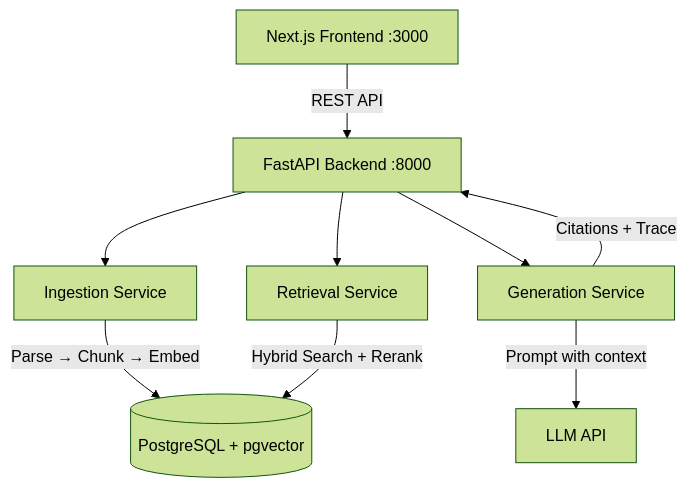
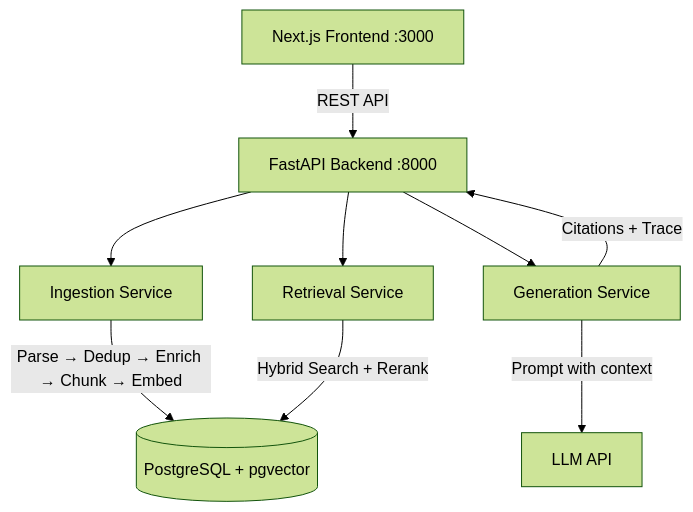
One commit to FishRaposo/groundtruth changed the diagram in README.md. Above: the diagram before and after it, drawn with Mermaid (forest theme). The commit also changed other lines of this file and 11 other files, not shown here.

````diff
--- a/README.md
+++ b/README.md
@@ -57,19 +57,19 @@
 ```mermaid
 graph TB
     UI[Next.js Frontend :3000]
     API[FastAPI Backend :8000]
     IS[Ingestion Service]
     RS[Retrieval Service]
     GS[Generation Service]
     DB[(PostgreSQL + pgvector)]
     LLM[LLM API]
 
     UI -->|REST API| API
     API --> IS
     API --> RS
     API --> GS
-    IS -->|Parse → Chunk → Embed| DB
+    IS -->|Parse → Dedup → Enrich → Chunk → Embed| DB
     RS -->|Hybrid Search + Rerank| DB
     GS -->|Prompt with context| LLM
     GS -->|Citations + Trace| API
 ```
````
